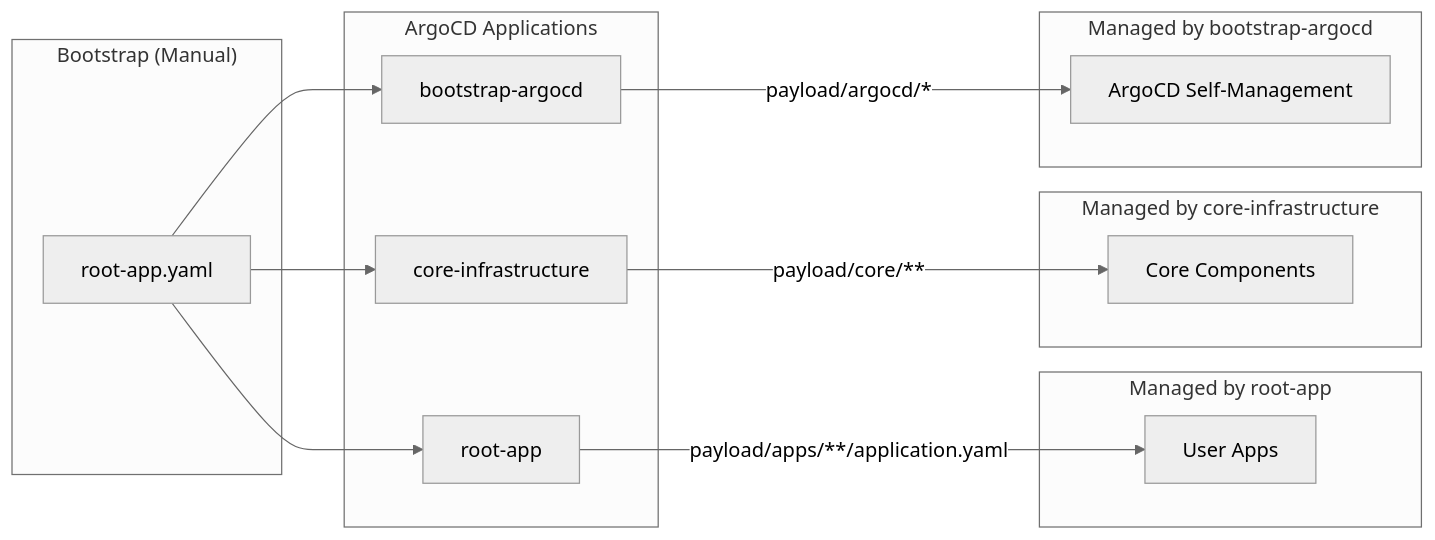
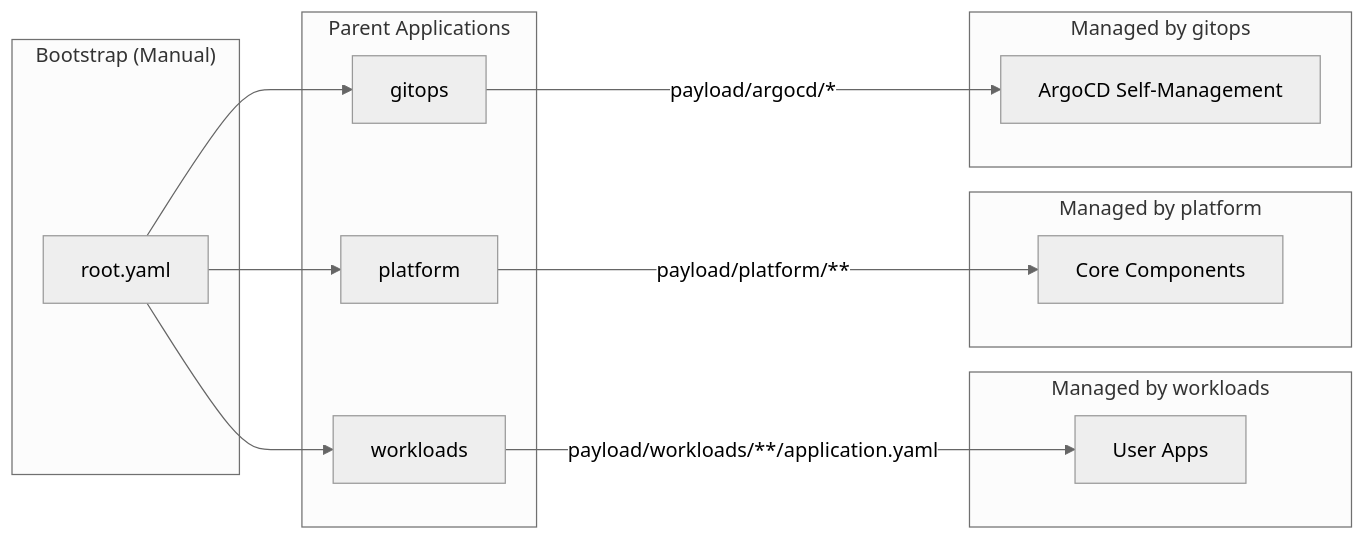
One commit to JanWelker/homelab changed the fourth of 4 diagrams in architecture.md. Above: the diagram before and after it, drawn with Mermaid (neutral theme). The commit also changed other lines of this file and 49 other files, not shown here.

First line of the commit message:
refactor: rename parent applications and folders

````diff
--- a/architecture.md
+++ b/architecture.md
@@ -127,24 +127,24 @@
 ```mermaid
 flowchart LR
     subgraph "Bootstrap (Manual)"
-        RA[root-app.yaml]
+        RA[root.yaml]
     end
 
-    subgraph "ArgoCD Applications"
-        RA --> ROOT[root-app]
-        RA --> CORE[core-infrastructure]
-        RA --> BOOT[bootstrap-argocd]
+    subgraph "Parent Applications"
+        RA --> WL[workloads]
+        RA --> PL[platform]
+        RA --> GO[gitops]
     end
 
-    subgraph "Managed by root-app"
-        ROOT --> |"payload/apps/**/application.yaml"| APPS[User Apps]
+    subgraph "Managed by workloads"
+        WL --> |"payload/workloads/**/application.yaml"| APPS[User Apps]
     end
 
-    subgraph "Managed by core-infrastructure"
-        CORE --> |"payload/core/**"| INFRA[Core Components]
+    subgraph "Managed by platform"
+        PL --> |"payload/platform/**"| INFRA[Core Components]
     end
 
-    subgraph "Managed by bootstrap-argocd"
-        BOOT --> |"payload/argocd/*"| ARGO[ArgoCD Self-Management]
+    subgraph "Managed by gitops"
+        GO --> |"payload/argocd/*"| ARGO[ArgoCD Self-Management]
     end
 ```
````
